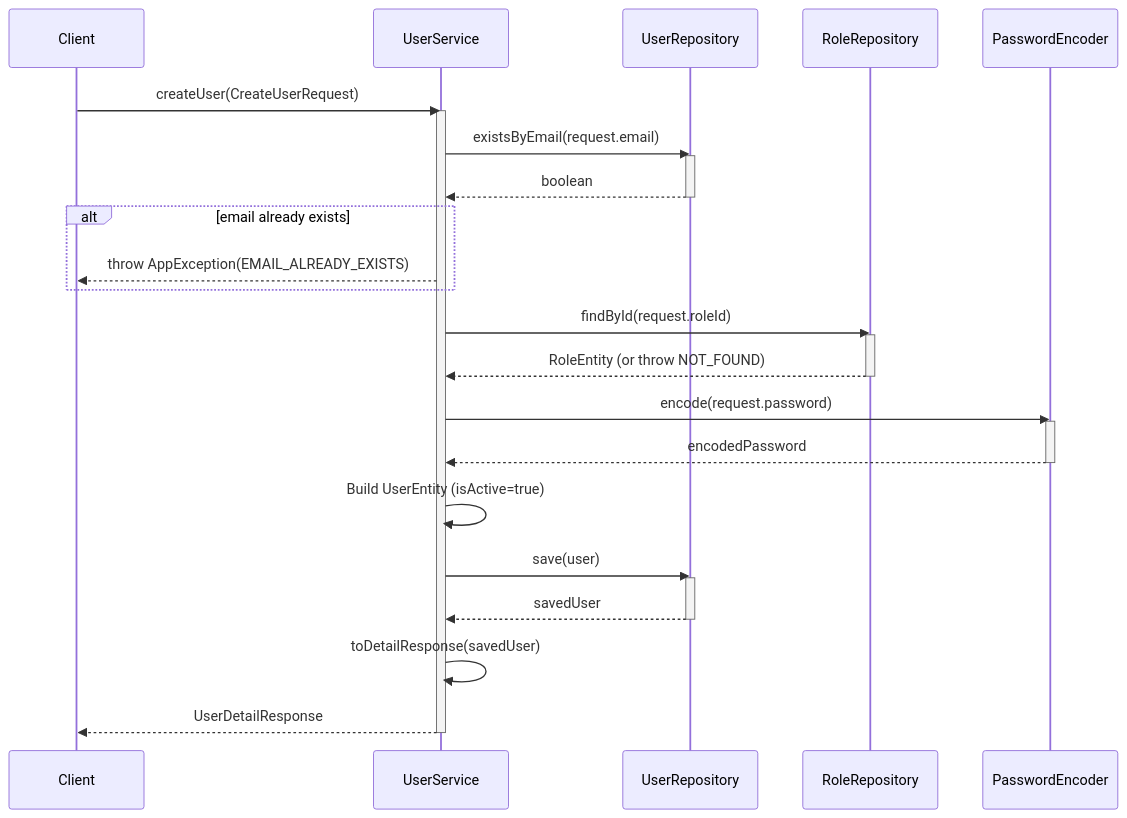
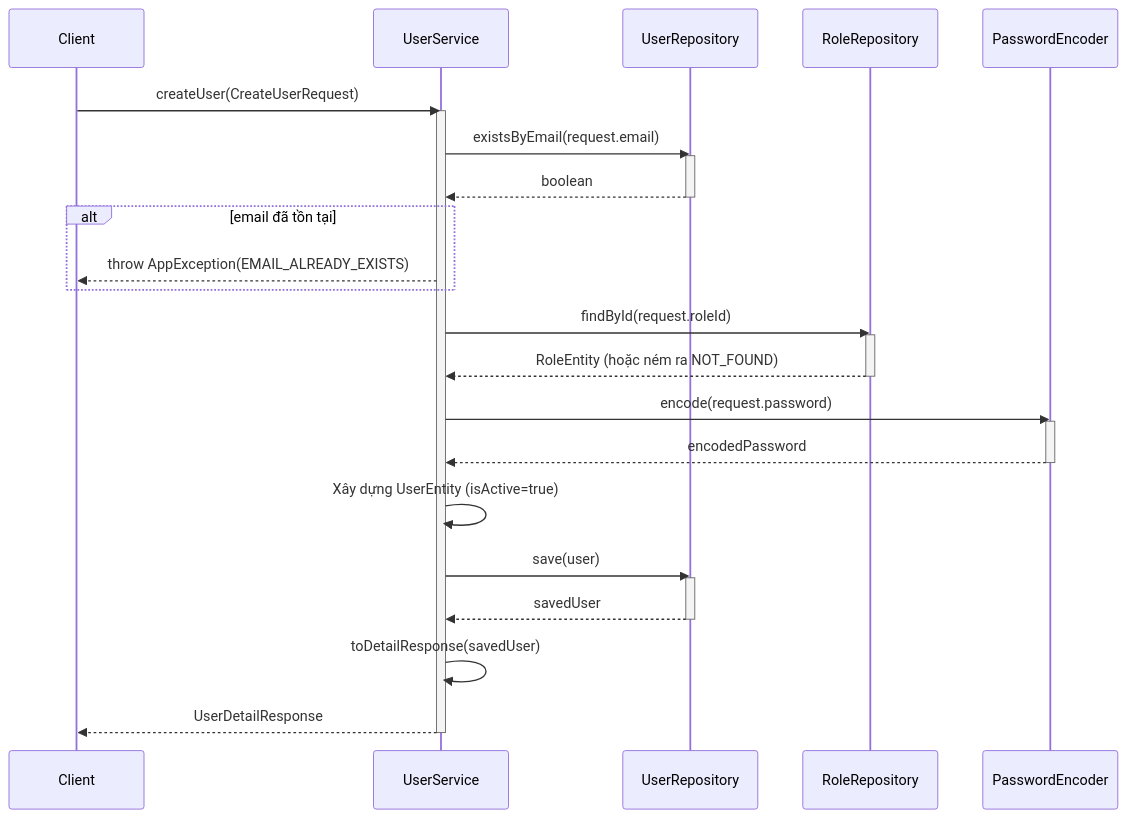
The second of 5 diagrams in .agent/sequence/user_service_sequence_diagrams.md (aquoc09/easymall), drawn with Mermaid before and after one commit. The commit also changed other lines of this file and 18 other files, not shown here.

Commit message:
UPDATE: Sequence diagram vietnamese

````diff
--- a/.agent/sequence/user_service_sequence_diagrams.md
+++ b/.agent/sequence/user_service_sequence_diagrams.md
@@ -37,42 +37,42 @@
 ```mermaid
 sequenceDiagram
     participant Client
     participant UserService
     participant UserRepository
     participant RoleRepository
     participant PasswordEncoder
 
     Client->>UserService: createUser(CreateUserRequest)
     activate UserService
 
     UserService->>UserRepository: existsByEmail(request.email)
     activate UserRepository
     UserRepository-->>UserService: boolean
     deactivate UserRepository
 
-    alt email already exists
+    alt email đã tồn tại
         UserService-->>Client: throw AppException(EMAIL_ALREADY_EXISTS)
     end
 
     UserService->>RoleRepository: findById(request.roleId)
     activate RoleRepository
-    RoleRepository-->>UserService: RoleEntity (or throw NOT_FOUND)
+    RoleRepository-->>UserService: RoleEntity (hoặc ném ra NOT_FOUND)
     deactivate RoleRepository
 
     UserService->>PasswordEncoder: encode(request.password)
     activate PasswordEncoder
     PasswordEncoder-->>UserService: encodedPassword
     deactivate PasswordEncoder
 
-    UserService->>UserService: Build UserEntity (isActive=true)
+    UserService->>UserService: Xây dựng UserEntity (isActive=true)
 
     UserService->>UserRepository: save(user)
     activate UserRepository
     UserRepository-->>UserService: savedUser
     deactivate UserRepository
 
     UserService->>UserService: toDetailResponse(savedUser)
     
     UserService-->>Client: UserDetailResponse
     deactivate UserService
 ```
````
